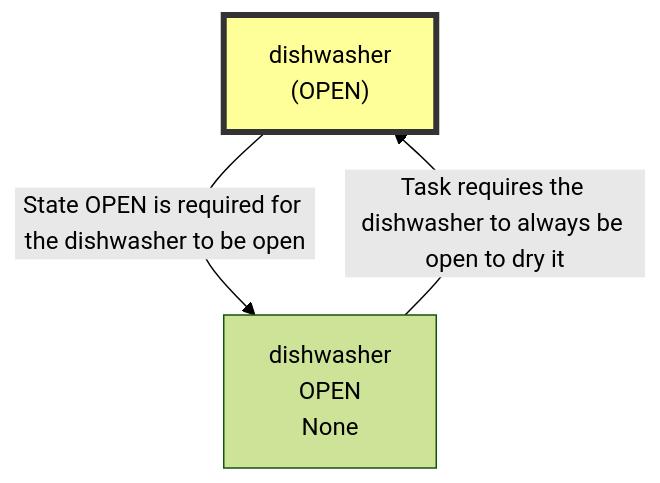
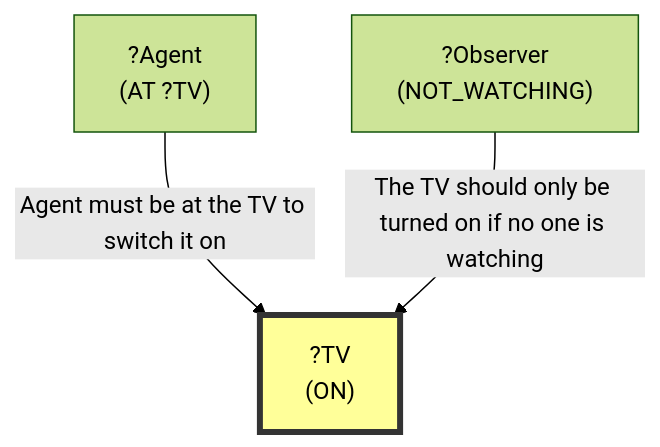
One commit to scuama/virtualhome changed the ninth of 10 diagrams in evaluation/results/table2/robostate/non_stationarity/high/E_DYN_G02_S3_high/run_E_DYN_G02_S3_high.md. Above: the diagram before and after it, drawn with Mermaid (forest theme). The commit also changed other lines of this file and 108 other files, not shown here.

````diff
--- a/evaluation/results/table2/robostate/non_stationarity/high/E_DYN_G02_S3_high/run_E_DYN_G02_S3_high.md
+++ b/evaluation/results/table2/robostate/non_stationarity/high/E_DYN_G02_S3_high/run_E_DYN_G02_S3_high.md
@@ -1190,8 +632,9 @@
 ```mermaid
 graph TD
-    N1["dishwasher<br>(OPEN)"]
+    N1["?TV<br>(ON)"]
     style N1 fill:#ff9,stroke:#333,stroke-width:4px
-    N2["dishwasher<br>OPEN<br>None"]
-    N1 -->|"State OPEN is required for the dishwasher to be open"| N2
-    N2 -->|"Task requires the dishwasher to always be open to dry it"| N1
+    N2["?Observer<br>(NOT_WATCHING)"]
+    N3["?Agent<br>(AT ?TV)"]
+    N3 -->|"Agent must be at the TV to switch it on"| N1
+    N2 -->|"The TV should only be turned on if no one is watching"| N1
 ```
````
